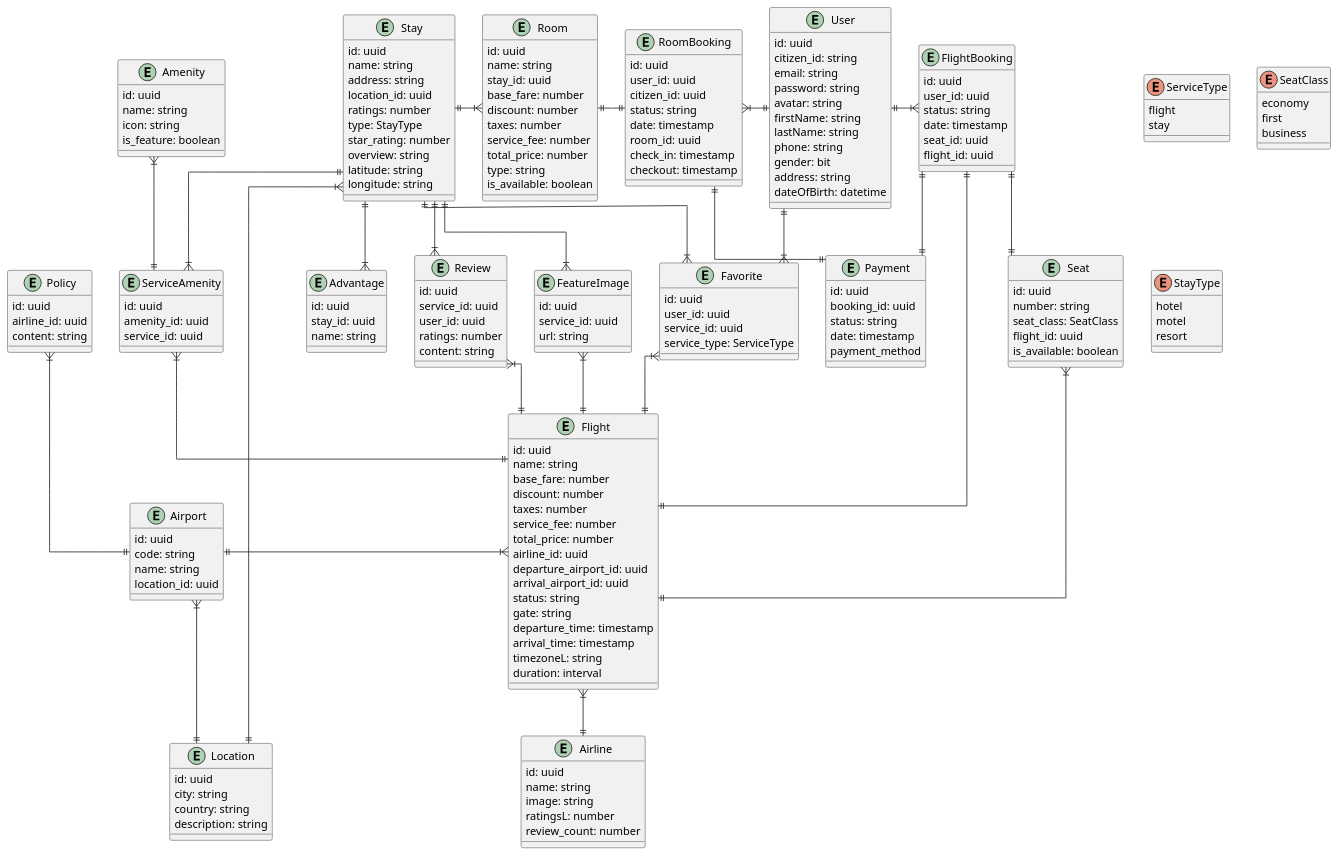
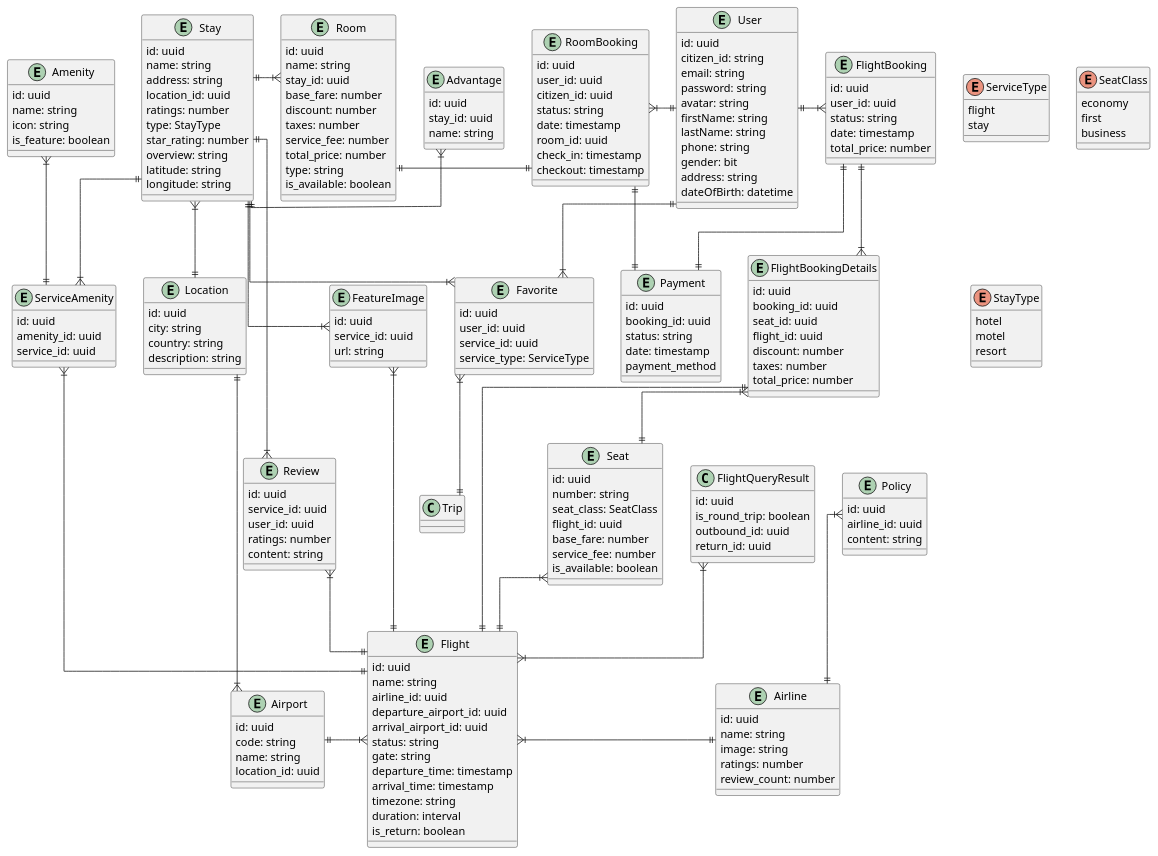
The diagram in docs/class-diagram.puml (vinguyen1907/gogo-travel), drawn with PlantUML before and after one commit. The commit also changed 1 other file, not shown here.

Commit message:
loc/update class diagram

```diff
--- a/docs/class-diagram.puml
+++ b/docs/class-diagram.puml
@@ -30,11 +30,6 @@
 entity Flight {
     id: uuid
     name: string
-    base_fare: number
-    discount: number
-    taxes: number
-    service_fee: number
-    total_price: number
     airline_id: uuid
     departure_airport_id: uuid
     arrival_airport_id: uuid
@@ -42,8 +37,50 @@
     gate: string
     departure_time: timestamp
     arrival_time: timestamp
-    timezoneL: string
+    timezone: string
     duration: interval
+    is_return: boolean
+}
+
+class FlightQueryResult {
+    id: uuid
+    is_round_trip: boolean
+    outbound_id: uuid
+    return_id: uuid
+}
+
+entity Seat {
+    id: uuid
+    number: string
+    seat_class: SeatClass
+    flight_id: uuid
+    base_fare: number
+    service_fee: number
+    is_available: boolean
+}
+
+entity FlightBooking {
+    id: uuid
+    user_id: uuid
+    status: string
+    date: timestamp
+    total_price: number
+}
+
+entity FlightBookingDetails {
+    id: uuid
+    booking_id: uuid
+    seat_id: uuid
+    flight_id: uuid
+    discount: number
+    taxes: number
+    total_price: number
+}
+
+enum SeatClass {
+    economy
+    first
+    business
 }
 
 entity Amenity {
@@ -59,20 +96,6 @@
     service_id: uuid
 }
 
-entity Seat {
-    id: uuid
-    number: string
-    seat_class: SeatClass
-    flight_id: uuid
-    is_available: boolean
-}
-
-enum SeatClass {
-    economy
-    first
-    business
-}
-
 entity Airport {
     id: uuid
     code: string
@@ -84,7 +107,7 @@
     id: uuid
     name: string
     image: string
-    ratingsL: number
+    ratings: number
     review_count: number
 }
 
@@ -106,15 +129,6 @@
     id: uuid
     service_id: uuid
     url: string
-}
-
-entity FlightBooking {
-    id: uuid
-    user_id: uuid
-    status: string
-    date: timestamp
-    seat_id: uuid
-    flight_id: uuid
 }
 
 entity Stay {
@@ -183,37 +197,37 @@
 
 Favorite }|-up-|| User
 
-FlightBooking }|-left-|| User
-FlightBooking ||--|| Flight
-FlightBooking ||--|| Seat
-FlightBooking ||--|| Payment
-
 RoomBooking }|-right-|| User
 RoomBooking ||-left-|| Room
 RoomBooking ||--|| Payment
 
 Favorite }|-up-|| Stay
-Favorite }|--|| Flight
+Favorite }|--|| Trip
 Review }|-up-|| Stay 
 Review }|--|| Flight
 ServiceAmenity }|-up-|| Stay 
 ServiceAmenity }|--|| Flight
 Amenity }|--|| ServiceAmenity
 
-Advantage }|-up-|| Stay
+Advantage }|-left-|| Stay
 FeatureImage }|-up-|| Stay 
 FeatureImage }|--|| Flight
 
 Room }|-left-|| Stay 
 
-Flight }|--|| Airline
+Flight }|-right-|| Airline
+Policy }|--|| Airline
 Flight }|-left-|| Airport
-Policy }|--|| Airport
 
-Airport }|--|| Location
+Airport }|-up-|| Location
 Stay }|--|| Location
 
-
 Seat }|--|| Flight
+FlightBooking ||--|{ FlightBookingDetails
+FlightBookingDetails }|--|| Seat
+FlightBookingDetails ||--|| Flight
+FlightQueryResult }|--|{ Flight
+FlightBooking }|-left-|| User
+FlightBooking ||-down-|| Payment
 
 @enduml
```
